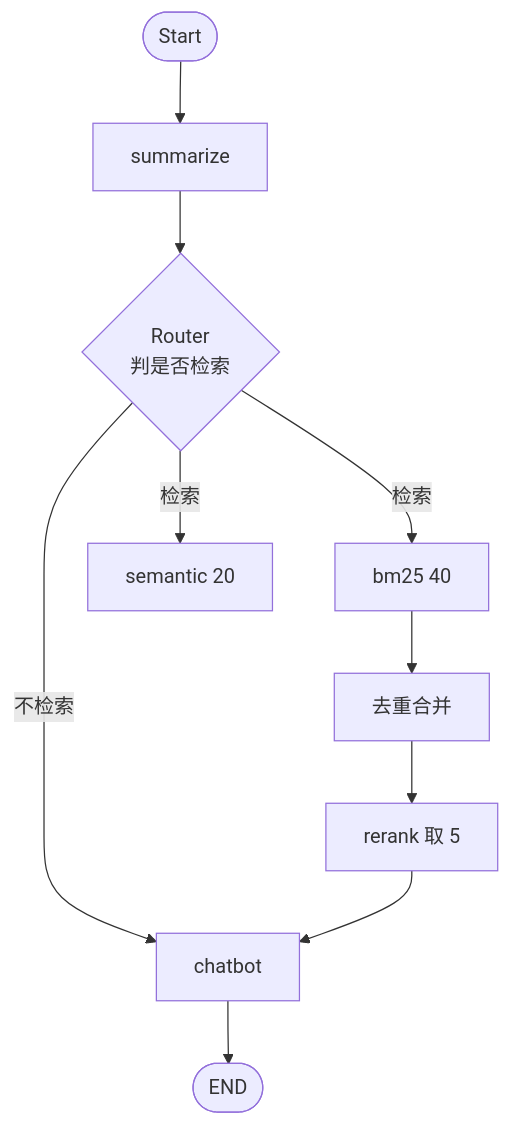
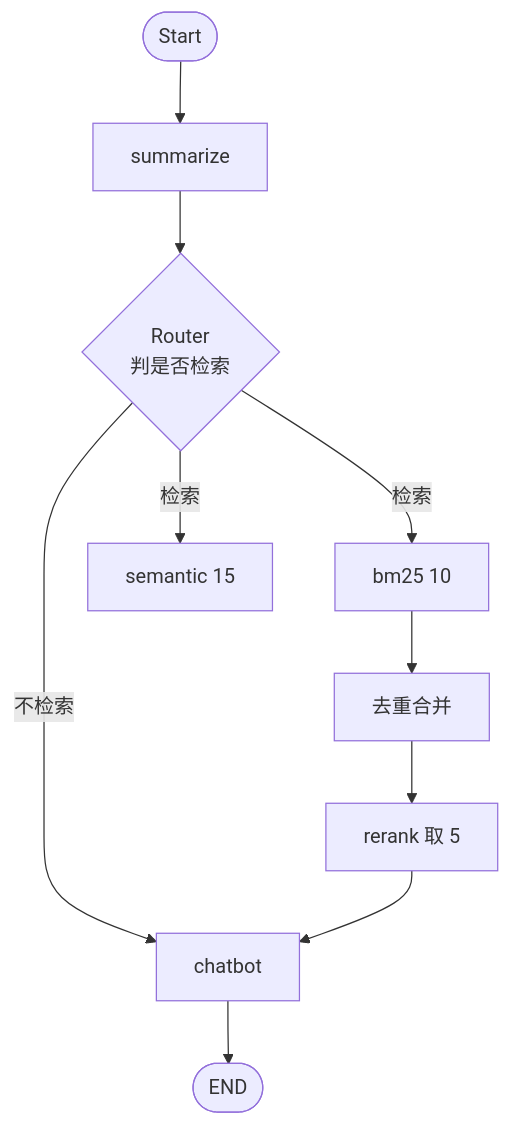
One commit to Ashitaka-Laputa-IV/helpdesk changed the first of 2 diagrams in .design/RAG两种实现对比.md. Above: the diagram before and after it, drawn with Mermaid. The commit also changed other lines of this file and 2 other files, not shown here.

````diff
--- a/.design/RAG两种实现对比.md
+++ b/.design/RAG两种实现对比.md
@@ -19,10 +19,10 @@
 ```mermaid
 graph TD
     Start([Start]) --> Summarize[summarize]
     Summarize --> Router{Router<br/>判是否检索}
-    Router -- 检索 --> BM25[bm25 40]
-    Router -- 检索 --> Semantic[semantic 20]
+    Router -- 检索 --> BM25[bm25 10]
+    Router -- 检索 --> Semantic[semantic 15]
     Router -- 不检索 --> Chatbot
     BM25 --> Combine[去重合并] --> Rerank[rerank 取 5] --> Chatbot[chatbot]
     Chatbot --> END([END])
 ```
````
